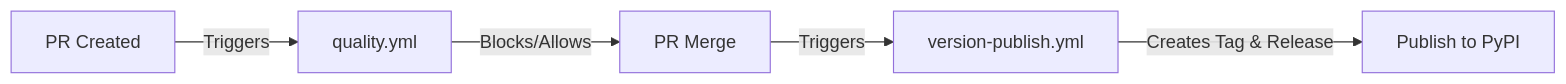
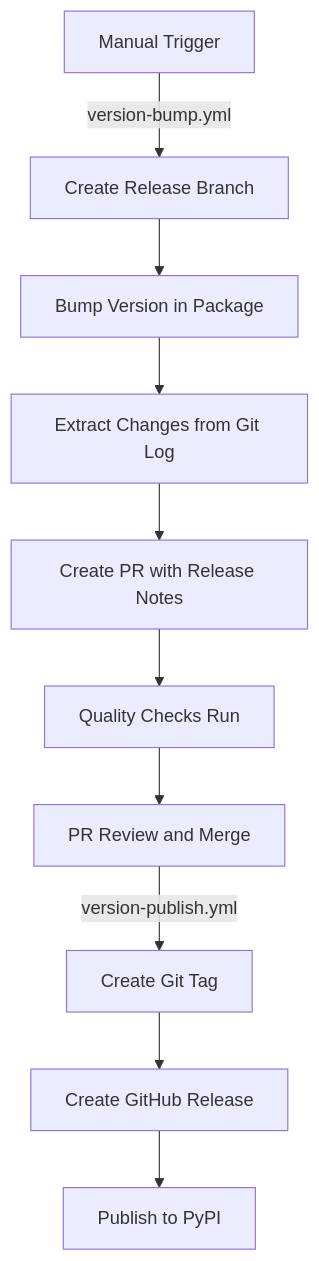
One commit to OpenJKSoftware/gOdoo changed the second of 2 diagrams in .github/workflows/README.md. Above: the diagram before and after it, drawn with Mermaid. The commit also changed other lines of this file and 1 other file, not shown here.

````diff
--- a/.github/workflows/README.md
+++ b/.github/workflows/README.md
@@ -42,7 +67,12 @@
 ```mermaid
-flowchart LR
-    A[PR Created] -->|Triggers| B[quality.yml]
-    B -->|Blocks/Allows| C[PR Merge]
-    C -->|Triggers| D[version-publish.yml]
-    D -->|Creates Tag & Release| E[Publish to PyPI]
+flowchart TD
+    A[Manual Trigger] -->|version-bump.yml| B[Create Release Branch]
+    B --> C[Bump Version in Package]
+    C --> D[Extract Changes from Git Log]
+    D --> E[Create PR with Release Notes]
+    E --> F[Quality Checks Run]
+    F --> G[PR Review and Merge]
+    G -->|version-publish.yml| H[Create Git Tag]
+    H --> I[Create GitHub Release]
+    I --> J[Publish to PyPI]
 ```
````
